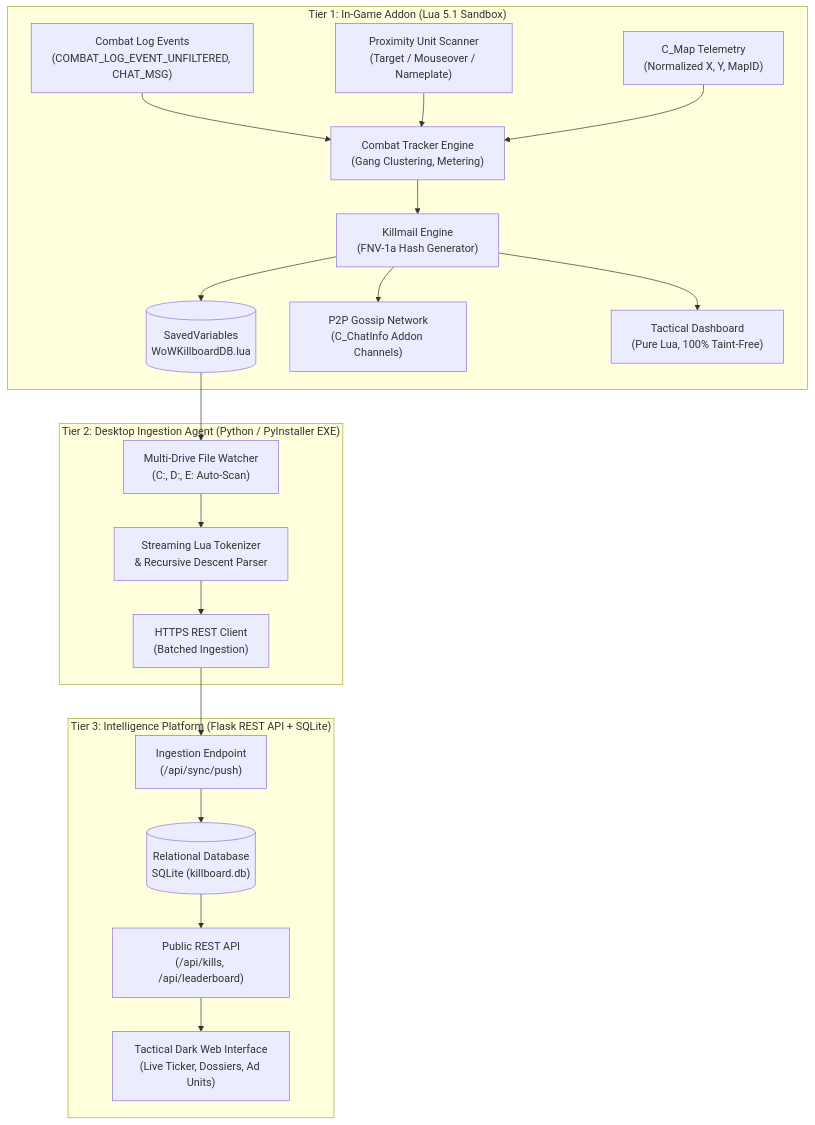
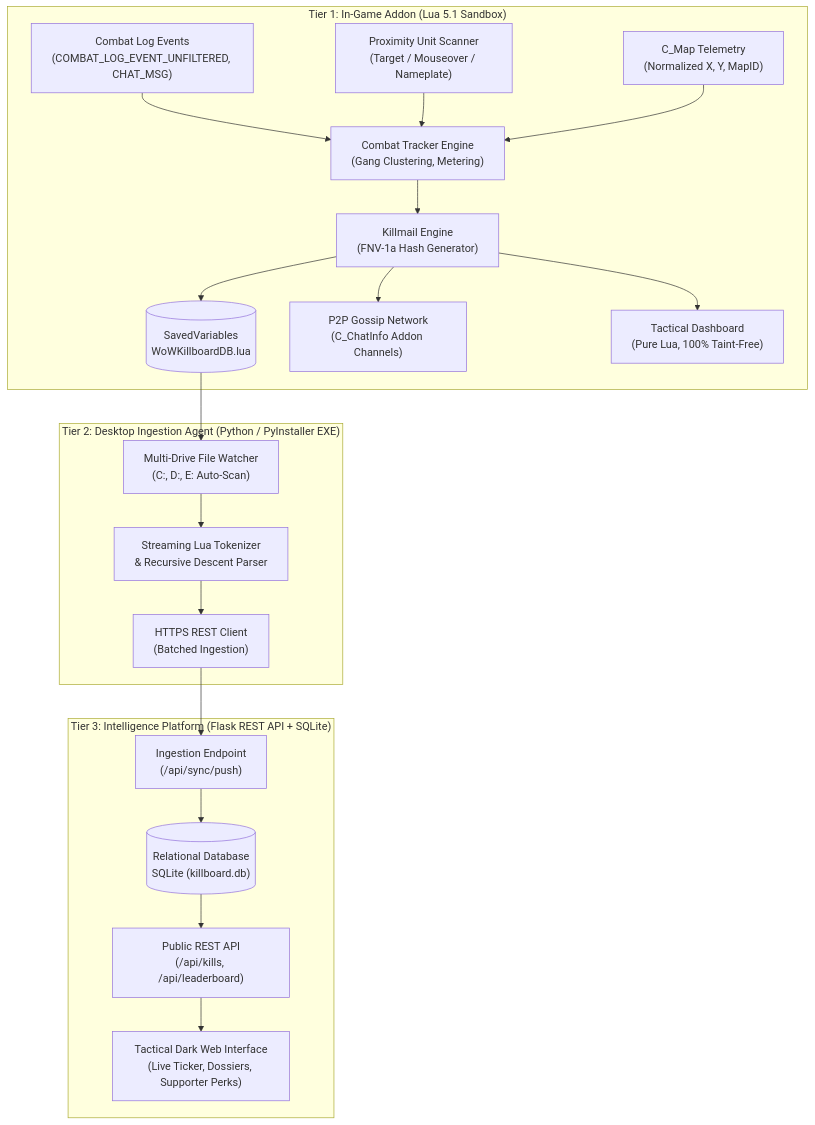
One commit to dagariane-commits/WoW_Killboard changed the diagram in docs/ARCHITECTURE.md. Above: the diagram before and after it, drawn with Mermaid. The commit also changed other lines of this file and 7 other files, not shown here.

````diff
--- a/docs/ARCHITECTURE.md
+++ b/docs/ARCHITECTURE.md
@@ -7,25 +7,25 @@
 ```mermaid
 flowchart TD
     subgraph Tier1 ["Tier 1: In-Game Addon (Lua 5.1 Sandbox)"]
         CL["Combat Log Events\n(COMBAT_LOG_EVENT_UNFILTERED, CHAT_MSG)"] --> CT["Combat Tracker Engine\n(Gang Clustering, Metering)"]
         US["Proximity Unit Scanner\n(Target / Mouseover / Nameplate)"] --> CT
         GPS["C_Map Telemetry\n(Normalized X, Y, MapID)"] --> CT
         CT --> KM["Killmail Engine\n(FNV-1a Hash Generator)"]
         KM --> DB[("SavedVariables\nWoWKillboardDB.lua")]
         KM --> P2P["P2P Gossip Network\n(C_ChatInfo Addon Channels)"]
         KM --> UI["Tactical Dashboard\n(Pure Lua, 100% Taint-Free)"]
     end
 
     subgraph Tier2 ["Tier 2: Desktop Ingestion Agent (Python / PyInstaller EXE)"]
         DB --> FW["Multi-Drive File Watcher\n(C:, D:, E: Auto-Scan)"]
         FW --> LP["Streaming Lua Tokenizer\n& Recursive Descent Parser"]
         LP --> HTTP["HTTPS REST Client\n(Batched Ingestion)"]
     end
 
     subgraph Tier3 ["Tier 3: Intelligence Platform (Flask REST API + SQLite)"]
         HTTP --> EP["Ingestion Endpoint\n(/api/sync/push)"]
         EP --> SQL[("Relational Database\nSQLite (killboard.db)")]
         SQL --> REST["Public REST API\n(/api/kills, /api/leaderboard)"]
-        REST --> WEB["Tactical Dark Web Interface\n(Live Ticker, Dossiers, Ad Units)"]
+        REST --> WEB["Tactical Dark Web Interface\n(Live Ticker, Dossiers, Supporter Perks)"]
     end
 ```
````
